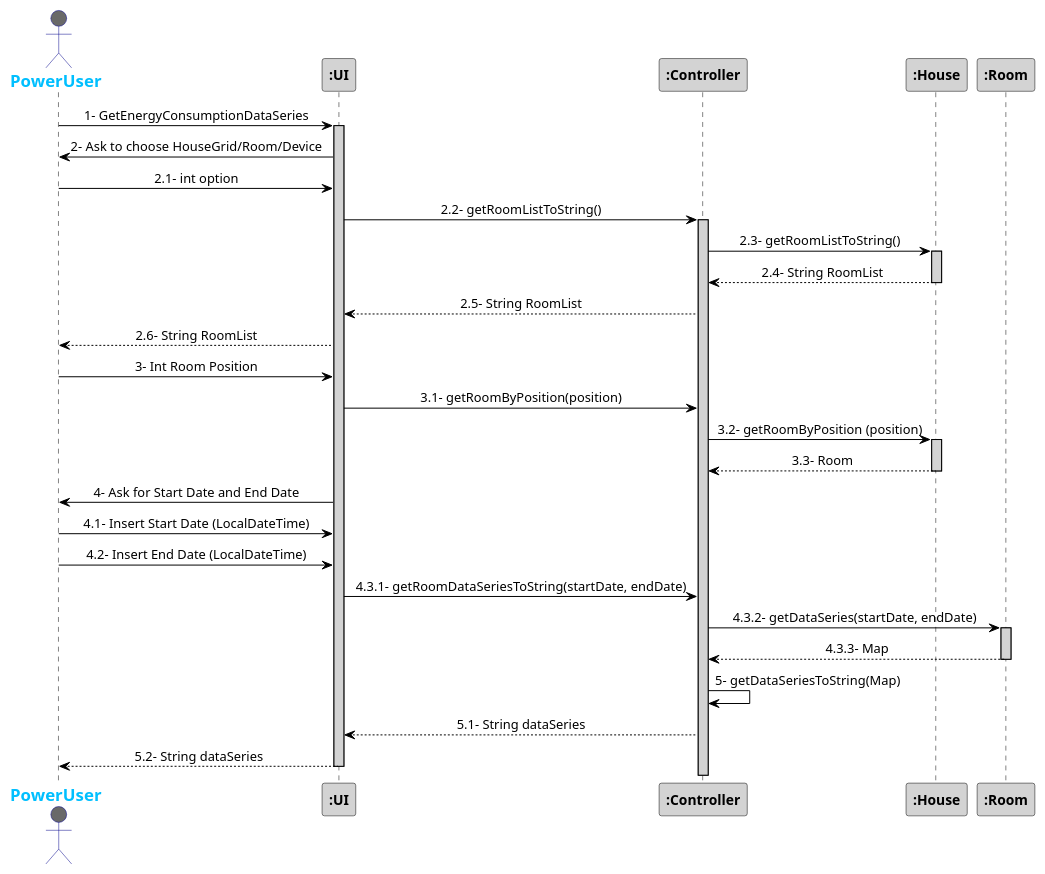
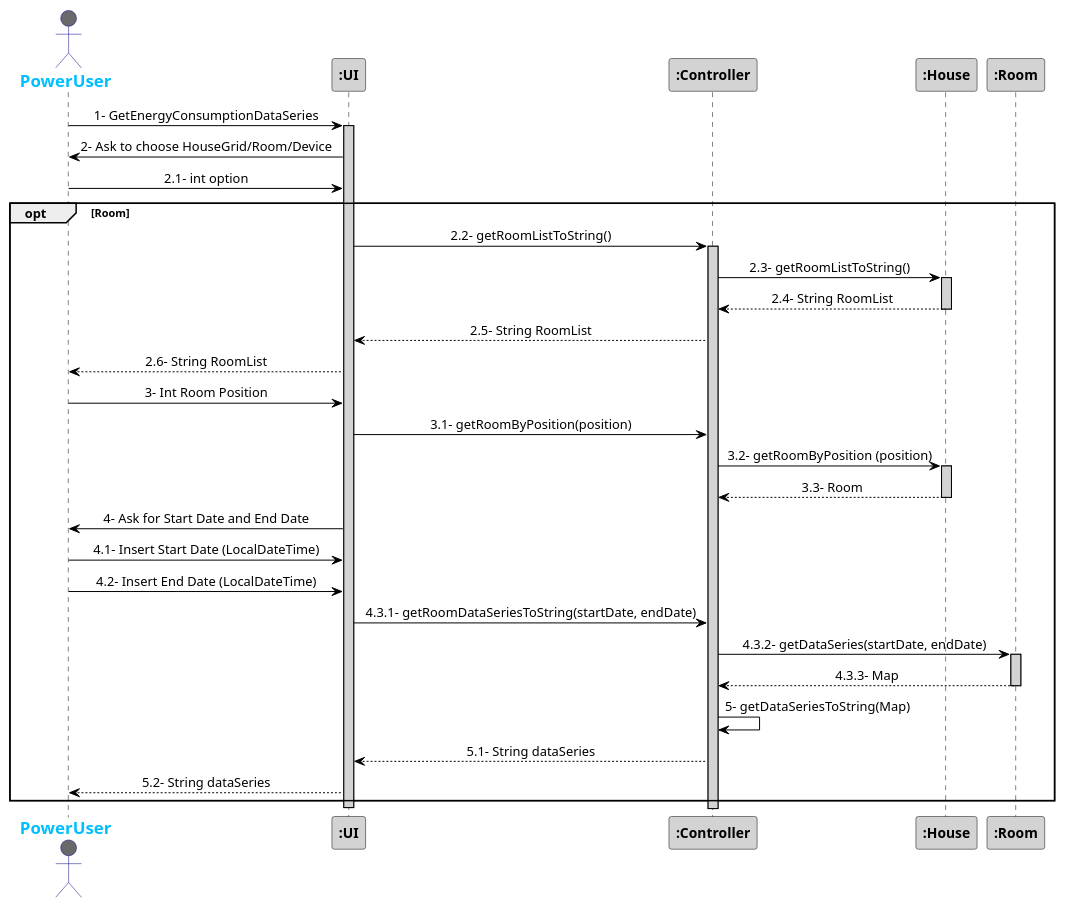
The diagram in src/Docs/Sprint3/GetEnergyConsumptionDataSeriesInterval.puml (1181687/hateoasToy), drawn with PlantUML before and after one commit.

Commit message:
Adresses #93 Changed GetEnergyConsumptionDataSeriesInterval sequence diagram

```diff
--- a/src/Docs/Sprint3/GetEnergyConsumptionDataSeriesInterval.puml
+++ b/src/Docs/Sprint3/GetEnergyConsumptionDataSeriesInterval.puml
@@ -1,55 +1,57 @@
 @startuml
 skinparam sequenceMessageAlign center
 skinparam sequence {
 	ArrowColor Black
 	ActorBorderColor DarkBlue
 	LifeLineBorderColor black
 	LifeLineBackgroundColor LightGrey
 
 	ParticipantBorderColor Black
 	ParticipantBackgroundColor LightGrey
 	ParticipantFontStyle Bold
 
 	ActorBackgroundColor DimGrey
 	ActorFontColor DeepSkyBlue
 	ActorFontStyle Bold
 	ActorFontSize 17
 	ActorFontName Aapex
 }
 
 actor PowerUser
 PowerUser -> ":UI": 1- GetEnergyConsumptionDataSeries
 activate ":UI"
 PowerUser <- ":UI": 2- Ask to choose HouseGrid/Room/Device
 PowerUser -> ":UI": 2.1- int option
+opt Room
 ":UI" -> ":Controller": 2.2- getRoomListToString()
 activate ":Controller"
 ":Controller" -> ":House": 2.3- getRoomListToString()
 activate ":House"
 ":Controller" <-- ":House": 2.4- String RoomList
 deactivate ":House"
 ":UI" <-- ":Controller": 2.5- String RoomList
 PowerUser <-- ":UI": 2.6- String RoomList
 
 PowerUser -> ":UI": 3- Int Room Position
 ":UI" -> ":Controller": 3.1- getRoomByPosition(position)
 ":Controller" -> ":House": 3.2- getRoomByPosition (position)
 activate ":House"
 ":Controller" <-- ":House": 3.3- Room
 deactivate ":House"
 
 PowerUser <- ":UI": 4- Ask for Start Date and End Date
 
 PowerUser -> ":UI": 4.1- Insert Start Date (LocalDateTime)
 PowerUser -> ":UI": 4.2- Insert End Date (LocalDateTime)
 ":UI" -> ":Controller": 4.3.1- getRoomDataSeriesToString(startDate, endDate)
 ":Controller" -> ":Room": 4.3.2- getDataSeries(startDate, endDate)
 activate ":Room"
 ":Controller" <-- ":Room": 4.3.3- Map
 deactivate ":Room"
 ":Controller" -> ":Controller": 5- getDataSeriesToString(Map)
 ":Controller" --> ":UI": 5.1- String dataSeries
 PowerUser <-- ":UI": 5.2- String dataSeries
+end
 deactivate ":UI"
 
 @enduml
```
